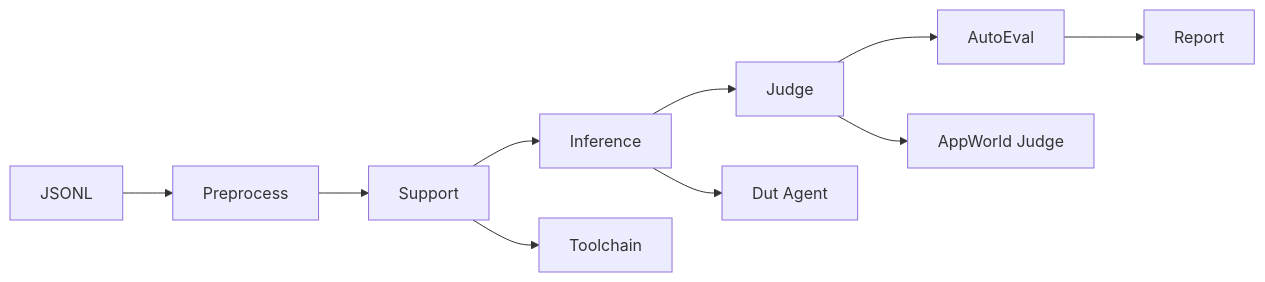
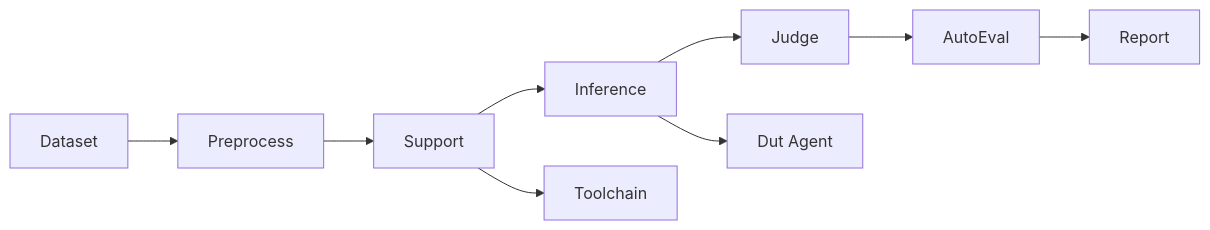
The first of 4 diagrams in docs/guide/agent_evaluation.md (HiThink-Research/GAGE), drawn with Mermaid before and after one commit. The commit also changed other lines of this file and 1868 other files, not shown here.

````diff
--- a/docs/guide/agent_evaluation.md
+++ b/docs/guide/agent_evaluation.md
@@ -18,7 +19,6 @@
 ```mermaid
 flowchart LR
-  Raw[JSONL] --> Pre[Preprocess] --> Sup[Support] --> Inf[Inference] --> Jdg[Judge] --> AE[AutoEval] --> Rep[Report]
+  Raw[Dataset] --> Pre[Preprocess] --> Sup[Support] --> Inf[Inference] --> Jdg[Judge] --> AE[AutoEval] --> Rep[Report]
   Sup --> Toolchain[Toolchain]
   Inf --> DutAgent[Dut Agent]
-  Jdg --> AppJudge[AppWorld Judge]
 ```
````
